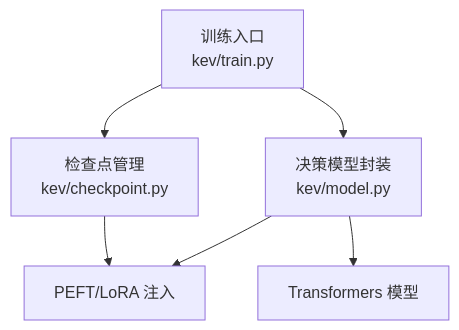
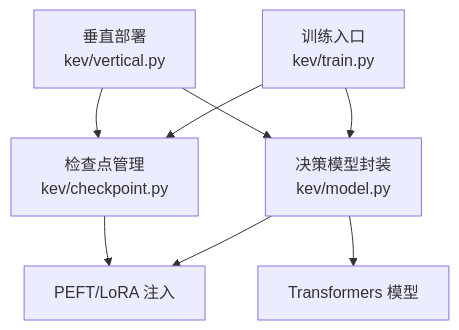
Before and after one commit to joezxh/kev: the first of 6 diagrams in .qoder/repowiki/zh/content/模型架构详解/LoRA 适配器/LoRA 适配器.md, drawn with Mermaid. The commit also changed other lines of this file and 101 other files, not shown here.

````diff
--- a/.qoder/repowiki/zh/content/模型架构详解/LoRA 适配器/LoRA 适配器.md
+++ b/.qoder/repowiki/zh/content/模型架构详解/LoRA 适配器/LoRA 适配器.md
@@ -31,8 +43,10 @@
 ```mermaid
 graph TB
 Train["训练入口<br/>kev/train.py"] --> Model["决策模型封装<br/>kev/model.py"]
 Train --> Checkpoint["检查点管理<br/>kev/checkpoint.py"]
 Model --> PEFT["PEFT/LoRA 注入"]
 Checkpoint --> PEFT
 Model --> HF["Transformers 模型"]
+Vertical["垂直部署<br/>kev/vertical.py"] --> Model
+Vertical --> Checkpoint
 ```
````
